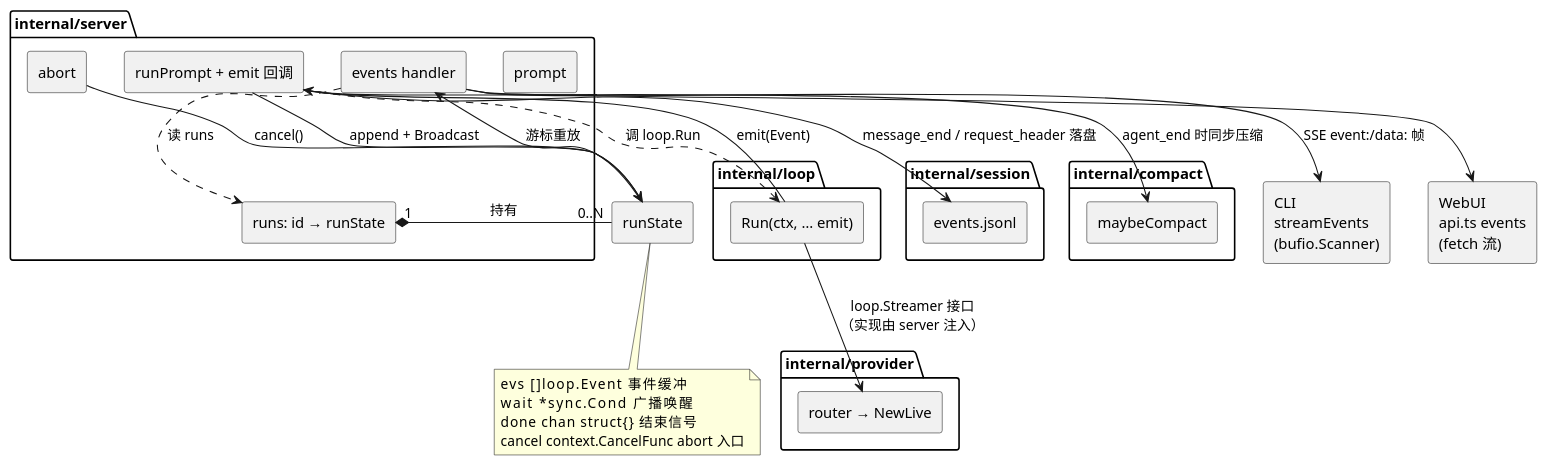
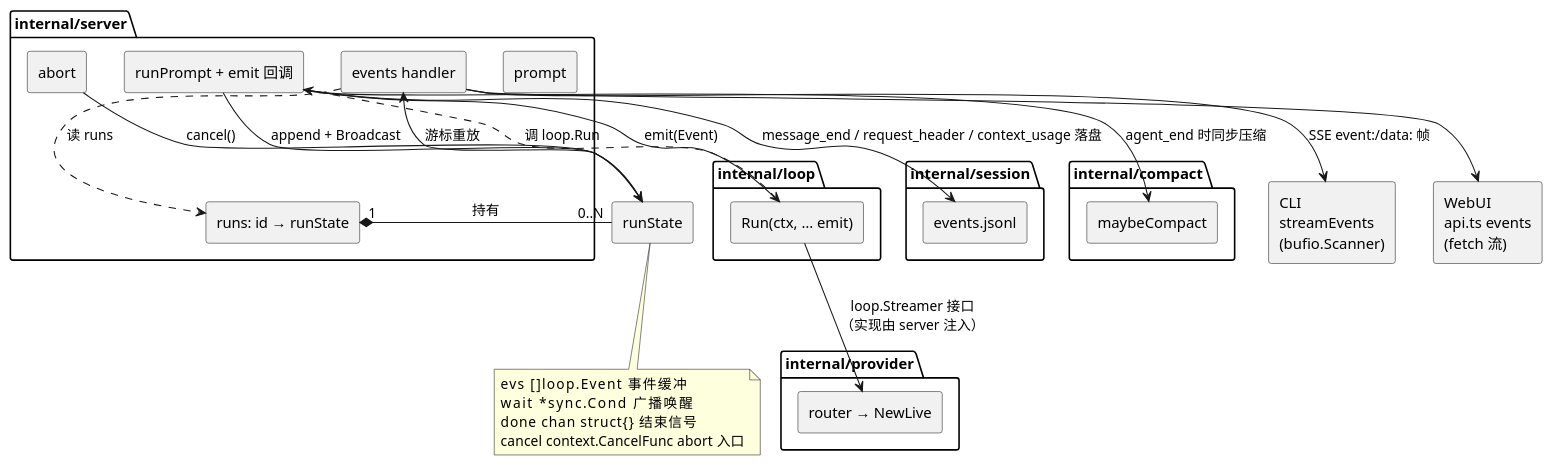
The second of 2 diagrams in docs/architecture.md (skyw8/ki), drawn with PlantUML before and after one commit. The commit also changed other lines of this file and 50 other files, not shown here.

````diff
--- a/docs/architecture.md
+++ b/docs/architecture.md
@@ -125,59 +129,59 @@
 ```plantuml
 @startuml
 skinparam componentStyle rectangle
 
 ' ==== 消费者：只走 SSE ====
 [CLI\nstreamEvents\n(bufio.Scanner)] as CLI
 [WebUI\napi.ts events\n(fetch 流)] as WEB
 
 ' ==== 组装者：server 包 ====
 package "internal/server" {
   [prompt] as PROMPT
   [runPrompt + emit 回调] as RUNP
   [events handler] as EV
   [abort] as ABORT
   [runs: id → runState] as RUNS
 }
 
 ' ==== runState（server 包内类型）：一次运行的直播录像 ====
 [runState] as RS
 note bottom of RS
   evs []loop.Event        事件缓冲
   wait *sync.Cond         广播唤醒
   done chan struct{}      结束信号
   cancel context.CancelFunc  abort 入口
 end note
 
 ' ==== 事件源：loop 包（只依赖 types）====
 package "internal/loop" {
   [Run(ctx, … emit)] as RUN
 }
 
 ' ==== 订阅端 ====
 package "internal/session" {
   [events.jsonl] as JSONL
 }
 package "internal/compact" {
   [maybeCompact] as COMPACT
 }
 package "internal/provider" {
   [router → NewLive] as LIVE
 }
 
 ' ---- 组合 / 编译期依赖 ----
 RUNS "1" *-- "0..N" RS : 持有
 RUNP ..> RUN : 调 loop.Run
 EV ..> RUNS : 读 runs
 
 ' ---- 运行期数据流 ----
 RUN --> RUNP : emit(Event)
-RUNP --> JSONL : message_end / request_header 落盘
+RUNP --> JSONL : message_end / request_header / context_usage 落盘
 RUNP --> RS : append + Broadcast
 RS --> EV : 游标重放
 EV --> CLI : SSE event:/data: 帧
 EV --> WEB
 ABORT --> RS : cancel()
 RUN --> LIVE : loop.Streamer 接口\n（实现由 server 注入）
 RUNP --> COMPACT : agent_end 时同步压缩
 @enduml
 ```
````
